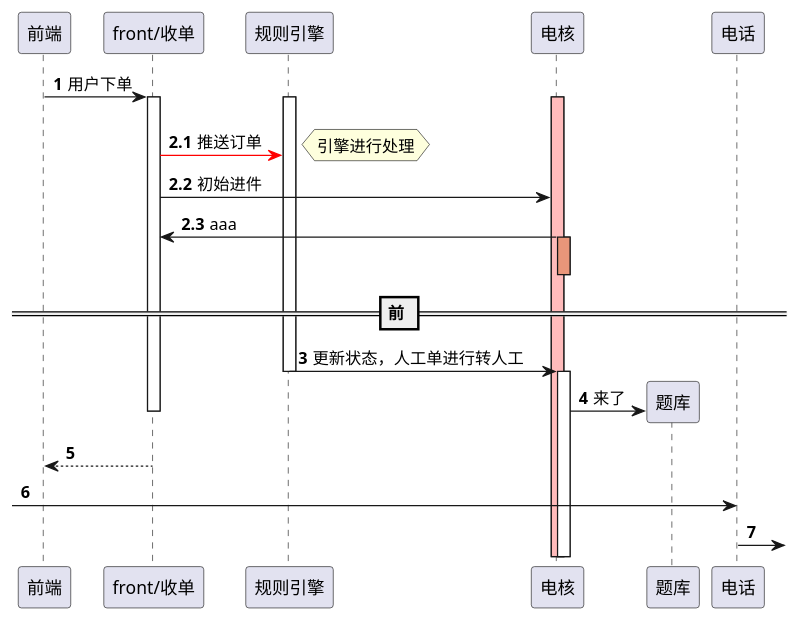
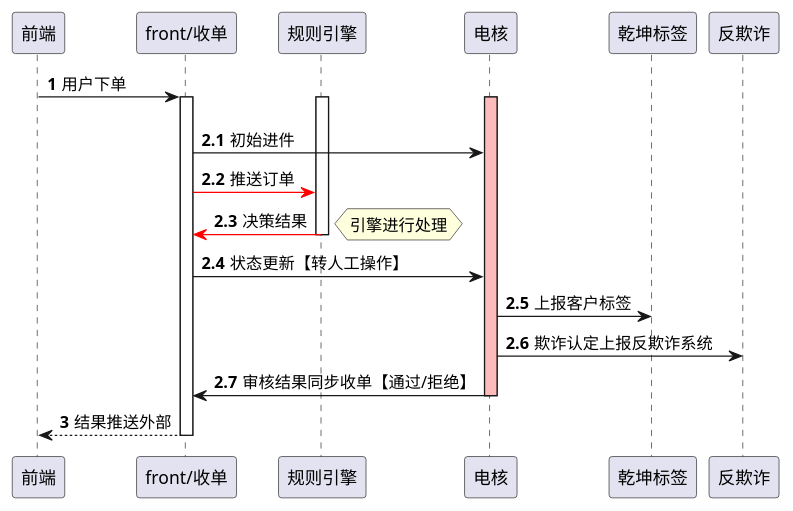
The diagram in file/sequence/电核业务流程.puml (beareserve/plantuml), drawn with PlantUML before and after one commit. The commit also changed 1 other file, not shown here.

```diff
--- a/file/sequence/电核业务流程.puml
+++ b/file/sequence/电核业务流程.puml
@@ -1,33 +1,37 @@
 @startuml
 skinparam responseMessageBelowArrow true
 hide unlinked
 participant 前端 as q
 participant "front/收单" as rao
 participant 规则引擎 as y
 participant 电核 as d
 participant 题库 as t
 participant 额度 as e
 autonumber
 q -> rao : 用户下单
 activate rao
 activate y
 activate d #FFBBBB
 ||13|
 autonumber2.1
+rao -> d: 初始进件
 rao -[#red]> y: 推送订单
+y -[#red]> rao: 决策结果
+deactivate y
 hnote right: 引擎进行处理
-rao -> d: 初始进件
-d -> rao: aaa
+rao -> d: 状态更新【转人工操作】
+d -> 乾坤标签: 上报客户标签
+d -> 反欺诈: 欺诈认定上报反欺诈系统
+d -> rao: 审核结果同步收单【通过/拒绝】
+deactivate d
 
-== 前 ==
-activate d#DarkSalmon
-deactivate d
+'== 前 ==
+'activate d#DarkSalmon
 autonumber3
-y ->d --++: 更新状态，人工单进行转人工
-create t
-d -> t:来了
+'y ->d --++: 更新状态，人工单进行转人工
+'create t
+'d -> t:来了
+return 结果推送外部
 deactivate rao
-return
-[->电话
-电话->]
+
 @enduml
```
